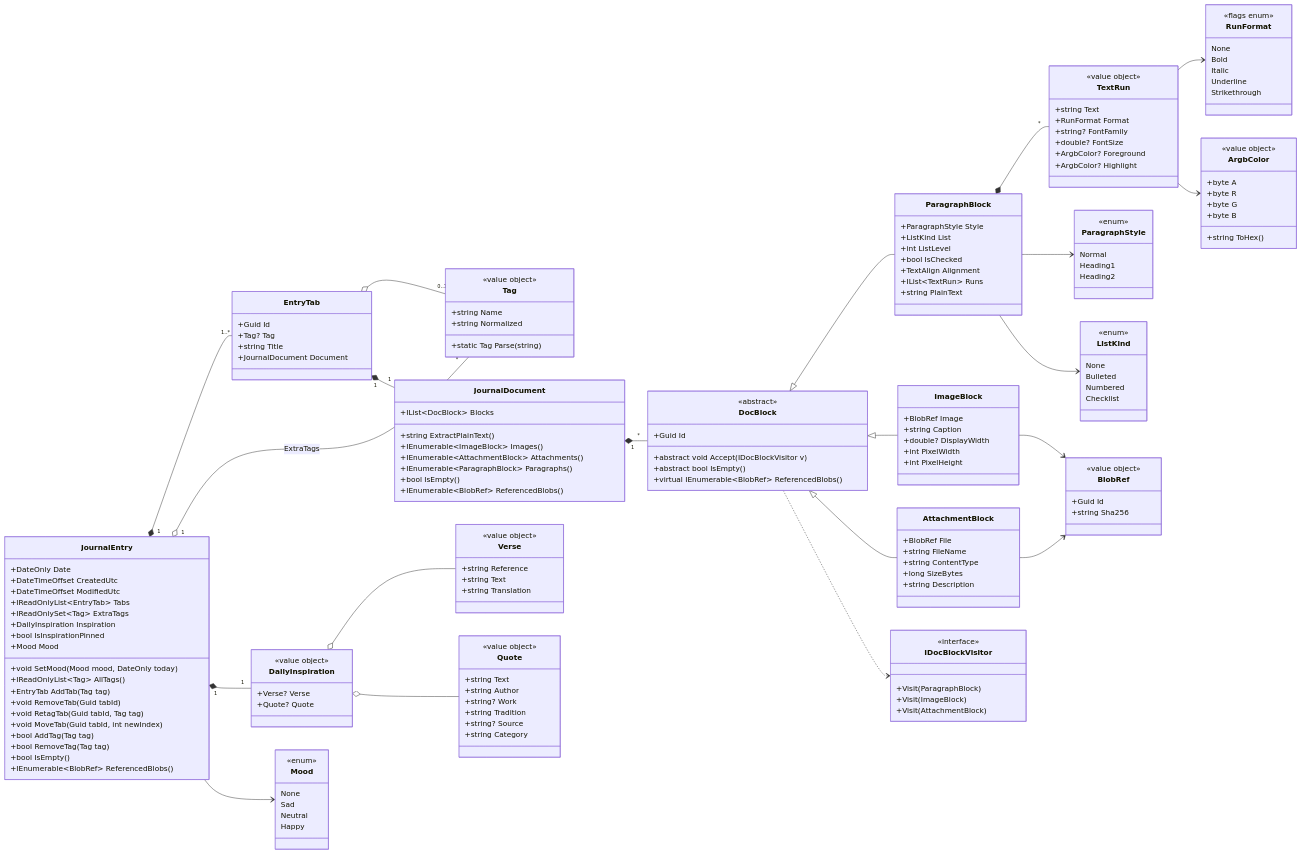
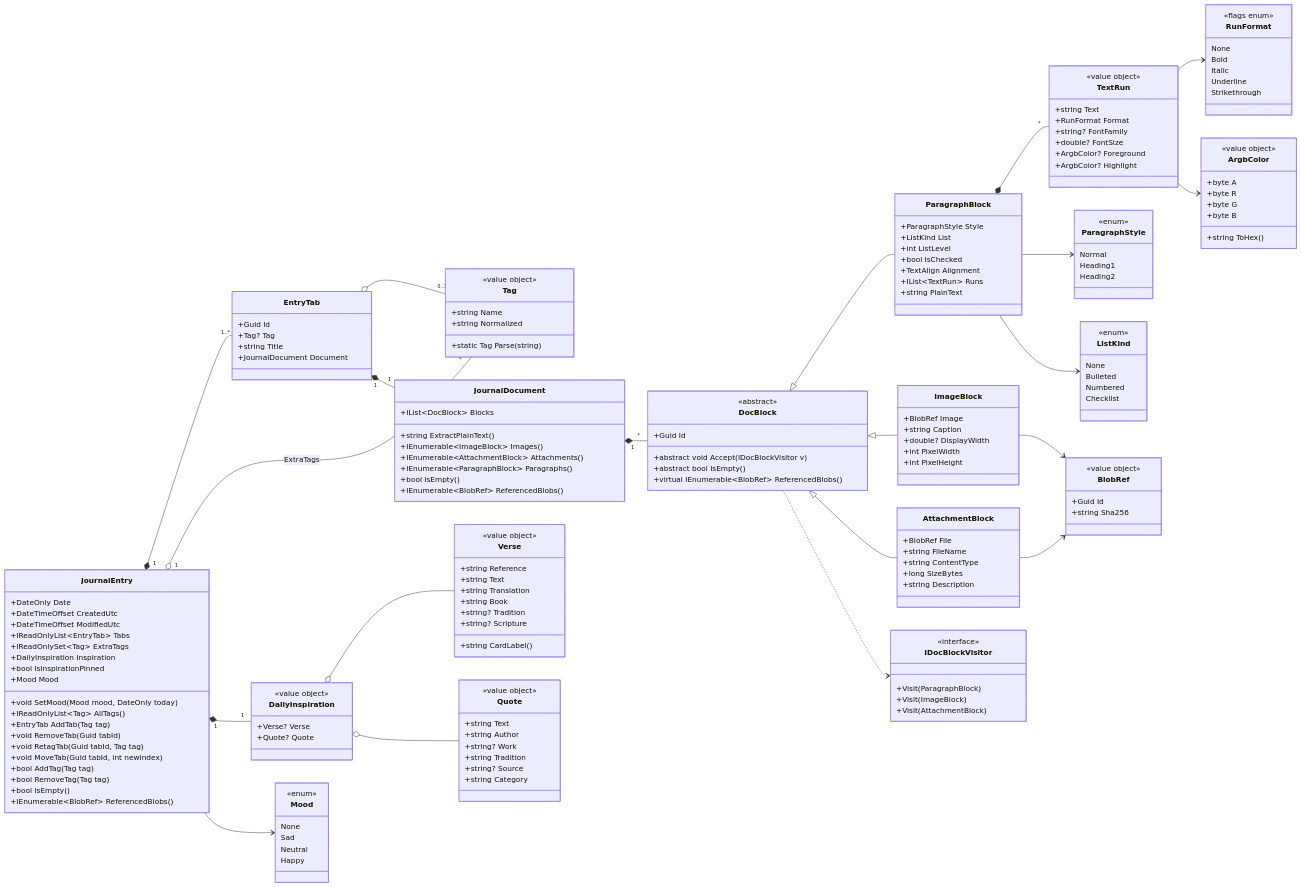
Before and after one commit to johnovanni/Journal: the second of 8 diagrams in docs/Architecture.md, drawn with Mermaid. The commit also changed other lines of this file and 24 other files, not shown here.

```diff
--- a/docs/Architecture.md
+++ b/docs/Architecture.md
@@ -192,6 +192,10 @@
         +string Reference
         +string Text
         +string Translation
+        +string Book
+        +string? Tradition
+        +string? Scripture
+        +string CardLabel()
     }
     class Quote {
         <<value object>>
```
